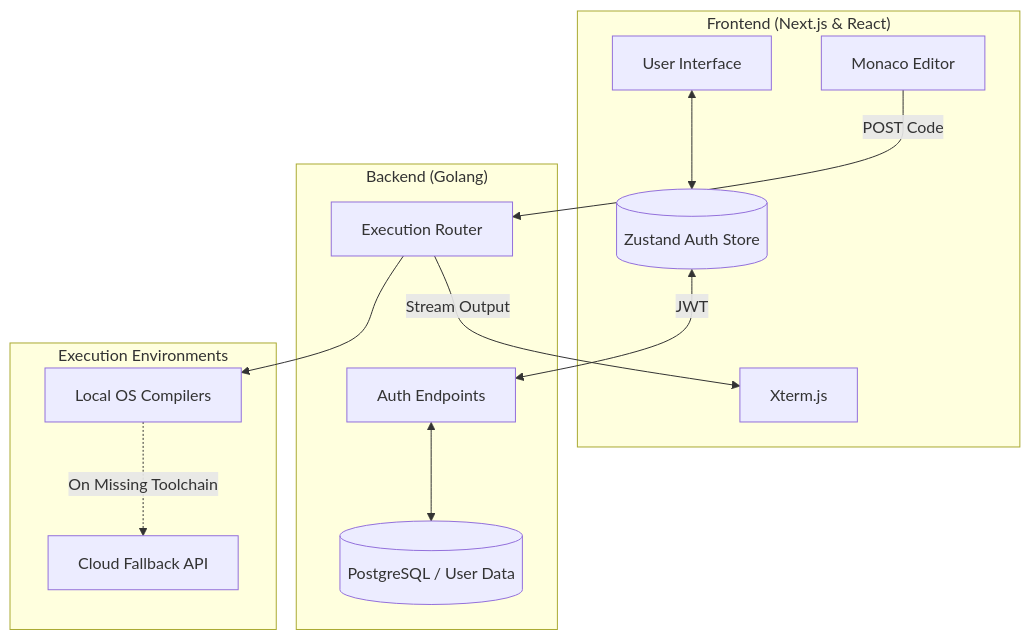
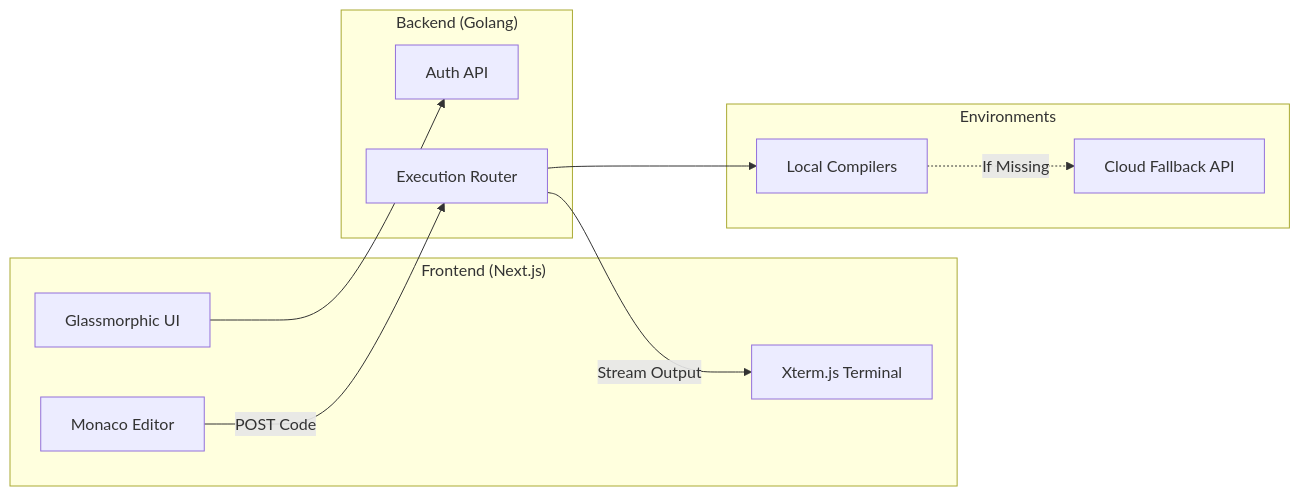
One commit to Suyash-coder-12/DataHubIDE changed the third of 3 diagrams in README.md. Above: the diagram before and after it, drawn with Mermaid. The commit also changed other lines of this file, not shown here.

Commit message:
docs: Update README with analytics charts and brief architecture

````diff
--- a/README.md
+++ b/README.md
@@ -24,30 +60,25 @@
 ```mermaid
-flowchart TB
-    subgraph Client ["Frontend (Next.js & React)"]
-        UI[User Interface]
-        AuthStore[(Zustand Auth Store)]
+flowchart LR
+    subgraph Client ["Frontend (Next.js)"]
+        UI[Glassmorphic UI]
         Editor[Monaco Editor]
-        Terminal[Xterm.js]
+        Term[Xterm.js Terminal]
     end
 
     subgraph Server ["Backend (Golang)"]
-        AuthAPI[Auth Endpoints]
-        ExecAPI[Execution Router]
-        DB[(PostgreSQL / User Data)]
+        Auth[Auth API]
+        Router[Execution Router]
     end
-
-    subgraph Execution_Env ["Execution Environments"]
-        Local[Local OS Compilers]
+    
+    subgraph Execution ["Environments"]
+        Local[Local Compilers]
         Cloud[Cloud Fallback API]
     end
 
-    UI <--> AuthStore
-    Editor --> |POST Code| ExecAPI
-    ExecAPI --> |Stream Output| Terminal
+    UI --> Auth
+    Editor --> |POST Code| Router
+    Router --> |Stream Output| Term
     
-    AuthStore <--> |JWT| AuthAPI
-    AuthAPI <--> DB
-    
-    ExecAPI --> Local
-    Local -. "On Missing Toolchain" .-> Cloud
+    Router --> Local
+    Local -. "If Missing" .-> Cloud
 ```
````
